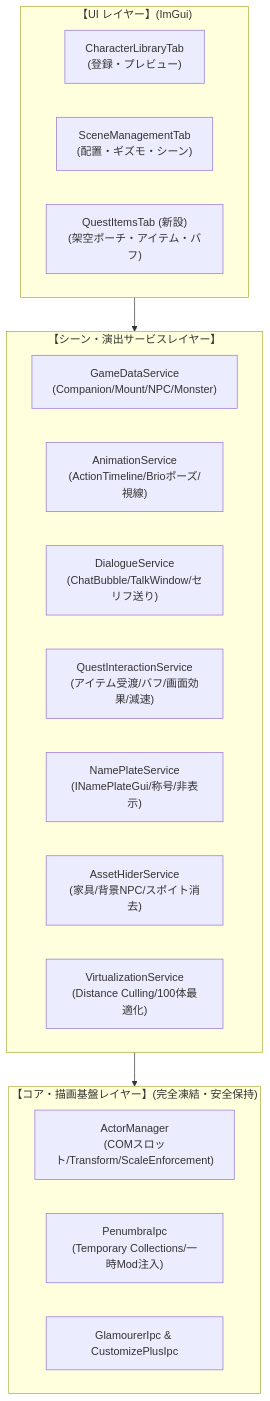
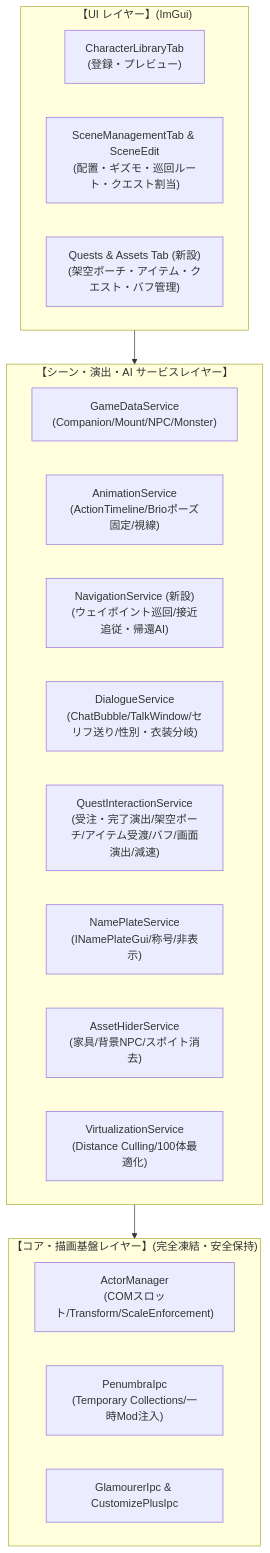
Before and after one commit to runte3221/Character-Spawn: the diagram in docs/master_roadmap_and_quest_interaction_architecture/implementation_plan.md, drawn with Mermaid. The commit also changed other lines of this file and 2 other files, not shown here.

Commit message:
docs: update master roadmap and quest interaction architecture with patrol AI and dialogue conditions

````diff
--- a/docs/master_roadmap_and_quest_interaction_architecture/implementation_plan.md
+++ b/docs/master_roadmap_and_quest_interaction_architecture/implementation_plan.md
@@ -24,27 +24,28 @@
 ```mermaid
 flowchart TD
     subgraph UI ["【UI レイヤー】(ImGui)"]
         Tab1["CharacterLibraryTab<br>(登録・プレビュー)"]
-        Tab2["SceneManagementTab<br>(配置・ギズモ・シーン)"]
-        Tab3["QuestItemsTab (新設)<br>(架空ポーチ・アイテム・バフ)"]
+        Tab2["SceneManagementTab & SceneEdit<br>(配置・ギズモ・巡回ルート・クエスト割当)"]
+        Tab3["Quests & Assets Tab (新設)<br>(架空ポーチ・アイテム・クエスト・バフ管理)"]
     end
 
-    subgraph Service ["【シーン・演出サービスレイヤー】"]
+    subgraph Service ["【シーン・演出・AI サービスレイヤー】"]
         S1["GameDataService<br>(Companion/Mount/NPC/Monster)"]
-        S2["AnimationService<br>(ActionTimeline/Brioポーズ/視線)"]
-        S3["DialogueService<br>(ChatBubble/TalkWindow/セリフ送り)"]
-        S4["QuestInteractionService<br>(アイテム受渡/バフ/画面効果/減速)"]
-        S5["NamePlateService<br>(INamePlateGui/称号/非表示)"]
-        S6["AssetHiderService<br>(家具/背景NPC/スポイト消去)"]
-        S7["VirtualizationService<br>(Distance Culling/100体最適化)"]
+        S2["AnimationService<br>(ActionTimeline/Brioポーズ固定/視線)"]
+        S3["NavigationService (新設)<br>(ウェイポイント巡回/接近追従・帰還AI)"]
+        S4["DialogueService<br>(ChatBubble/TalkWindow/セリフ送り/性別・衣装分岐)"]
+        S5["QuestInteractionService<br>(受注・完了演出/架空ポーチ/アイテム受渡/バフ/画面演出/減速)"]
+        S6["NamePlateService<br>(INamePlateGui/称号/非表示)"]
+        S7["AssetHiderService<br>(家具/背景NPC/スポイト消去)"]
+        S8["VirtualizationService<br>(Distance Culling/100体最適化)"]
     end
 
     subgraph Core ["【コア・描画基盤レイヤー】(完全凍結・安全保持)"]
         C1["ActorManager<br>(COMスロット/Transform/ScaleEnforcement)"]
         C2["PenumbraIpc<br>(Temporary Collections/一時Mod注入)"]
         C3["GlamourerIpc & CustomizePlusIpc"]
     end
 
     UI --> Service
     Service --> Core
 ```
````
